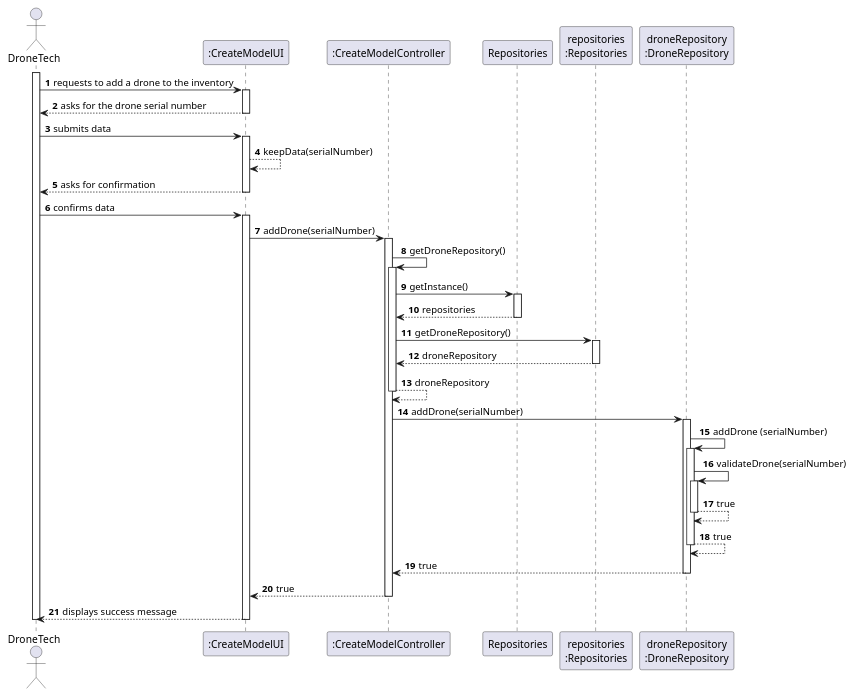
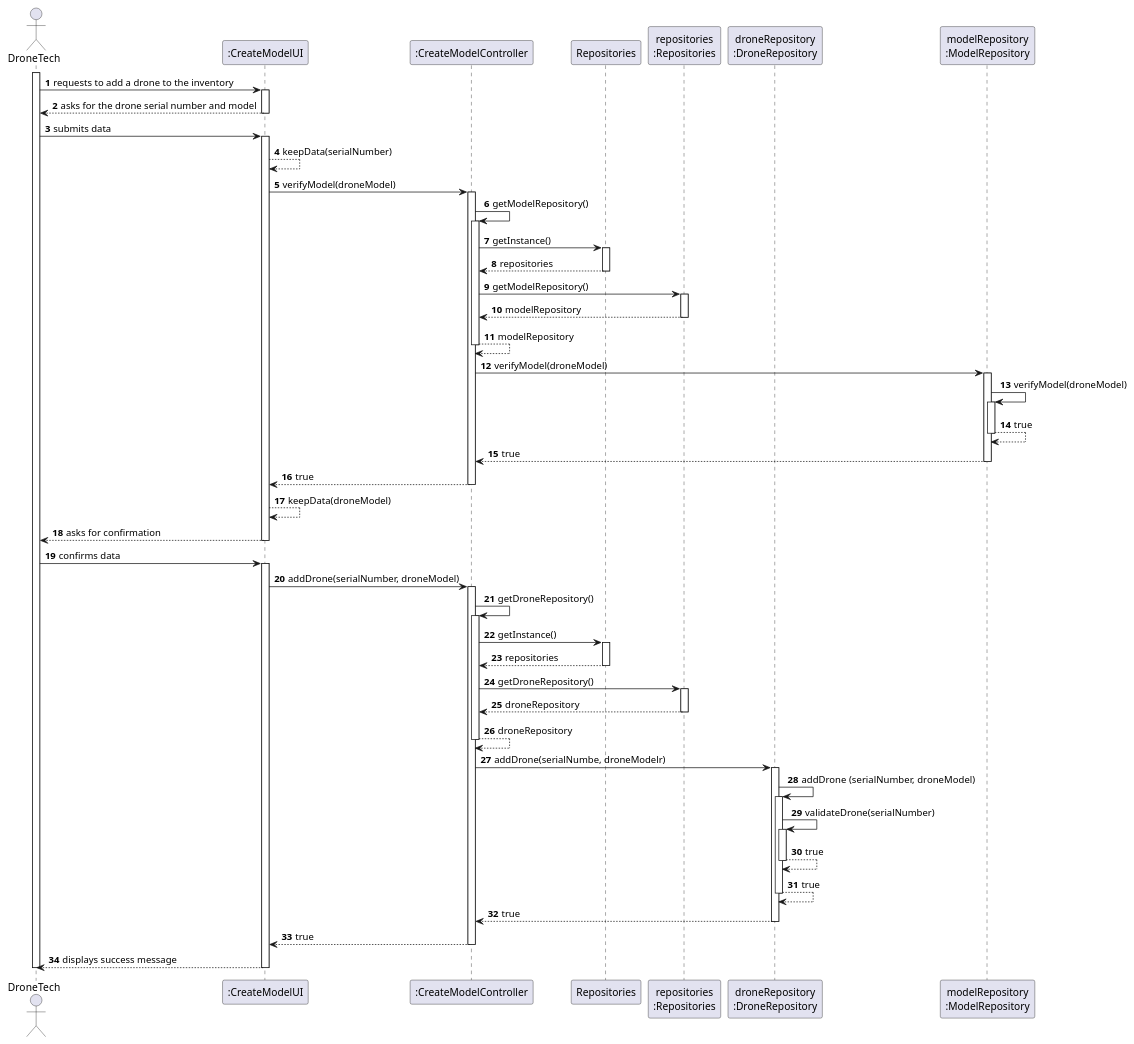
Before and after one commit to diogoveirospro/sem4pi-2024-2025-sem4pi_2024_2025_g44: the diagram in docs/SPRINT_2/US241/puml/sequence_diagram_us241.puml, drawn with PlantUML. The commit also changed 1 other file, not shown here.

```diff
--- a/docs/SPRINT_2/US241/puml/sequence_diagram_us241.puml
+++ b/docs/SPRINT_2/US241/puml/sequence_diagram_us241.puml
@@ -1,65 +1,94 @@
 @startuml
 'skinparam monochrome true
 skinparam packageStyle rectangle
 skinparam shadowing false
 
 autonumber
 
 actor "DroneTech" as DT
 participant ":CreateModelUI" as UI
 participant ":CreateModelController" as CTRL
 participant "Repositories" as REPOS
 participant "repositories\n:Repositories" as REPOS_SINGLETON
 participant "droneRepository\n:DroneRepository" as DRN_REPO
+participant "modelRepository\n:ModelRepository" as MDL_REPO
 
 activate DT
 
 DT -> UI : requests to add a drone to the inventory
 activate UI
-    UI --> DT : asks for the drone serial number
+    UI --> DT : asks for the drone serial number and model
         deactivate UI
     DT -> UI : submits data
     activate UI
     UI --> UI : keepData(serialNumber)
+
+    UI -> CTRL : verifyModel(droneModel)
+    activate CTRL
+    CTRL -> CTRL :getModelRepository()
+            activate CTRL
+            CTRL -> REPOS : getInstance()
+            activate REPOS
+                REPOS --> CTRL : repositories
+            deactivate REPOS
+
+            CTRL -> REPOS_SINGLETON : getModelRepository()
+            activate REPOS_SINGLETON
+                REPOS_SINGLETON --> CTRL : modelRepository
+            deactivate REPOS_SINGLETON
+            CTRL -->CTRL : modelRepository
+            deactivate CTRL
+    CTRL -> MDL_REPO : verifyModel(droneModel)
+    activate MDL_REPO
+    MDL_REPO -> MDL_REPO : verifyModel(droneModel)
+    activate MDL_REPO
+    MDL_REPO --> MDL_REPO : true
+    deactivate MDL_REPO
+    MDL_REPO --> CTRL : true
+    deactivate MDL_REPO
+    CTRL --> UI : true
+    deactivate CTRL
+    UI --> UI : keepData(droneModel)
+
     UI --> DT : asks for confirmation
     deactivate UI
     DT -> UI : confirms data
     activate UI
-    UI -> CTRL : addDrone(serialNumber)
+    UI -> CTRL : addDrone(serialNumber, droneModel)
     activate CTRL
         CTRL -> CTRL :getDroneRepository()
         activate CTRL
         CTRL -> REPOS : getInstance()
         activate REPOS
             REPOS --> CTRL : repositories
         deactivate REPOS
 
         CTRL -> REPOS_SINGLETON : getDroneRepository()
         activate REPOS_SINGLETON
             REPOS_SINGLETON --> CTRL : droneRepository
         deactivate REPOS_SINGLETON
         CTRL -->CTRL : droneRepository
         deactivate CTRL
-            CTRL -> DRN_REPO : addDrone(serialNumber)
+            CTRL -> DRN_REPO : addDrone(serialNumbe, droneModelr)
             activate DRN_REPO
 
-        DRN_REPO -> DRN_REPO: addDrone (serialNumber)
+        DRN_REPO -> DRN_REPO: addDrone (serialNumber, droneModel)
                 activate DRN_REPO
                     DRN_REPO -> DRN_REPO: validateDrone(serialNumber)
                     activate DRN_REPO
                         DRN_REPO --> DRN_REPO : true
                     deactivate DRN_REPO
 
                     DRN_REPO --> DRN_REPO : true
                 deactivate DRN_REPO
             DRN_REPO --> CTRL : true
         deactivate DRN_REPO
 
         CTRL --> UI : true
     deactivate CTRL
 
 UI --> DT : displays success message
 deactivate UI
 deactivate DT
 
 @enduml
```
